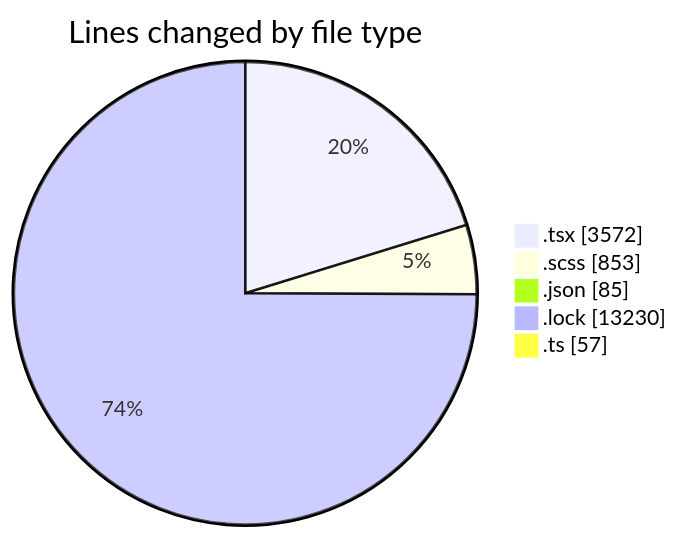
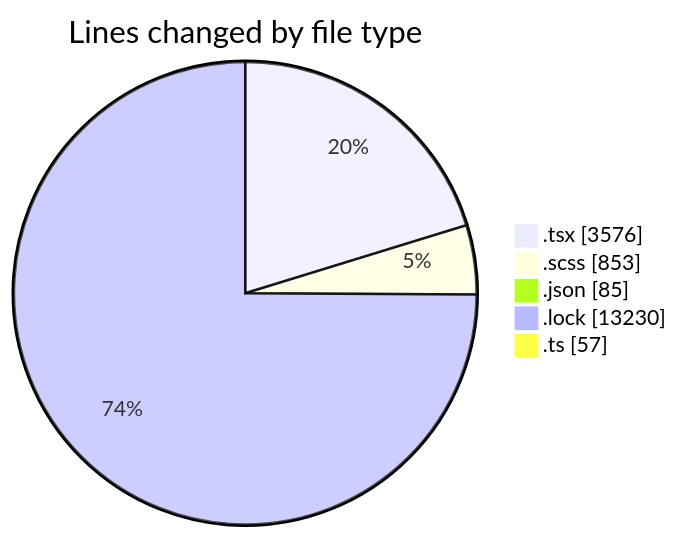
Before and after one commit to momahboobian/code-tracking: the first of 2 diagrams in 2025-10-03/cda/README.md, drawn with Mermaid. The commit also changed other lines of this file and 1 other file, not shown here.

````diff
--- a/2025-10-03/cda/README.md
+++ b/2025-10-03/cda/README.md
@@ -30,9 +30,9 @@
 ```mermaid
 pie showData
 title Lines changed by file type
-".tsx" : 3572
+".tsx" : 3576
 ".scss" : 853
 ".json" : 85
 ".lock" : 13230
 ".ts" : 57
 ```
````
